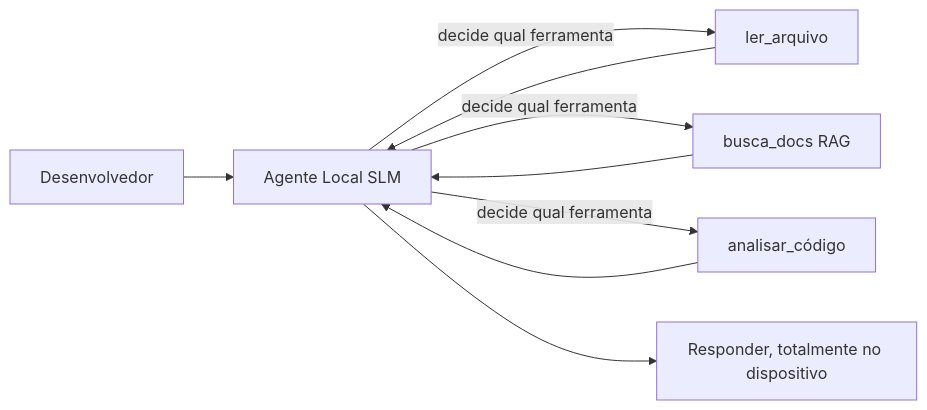
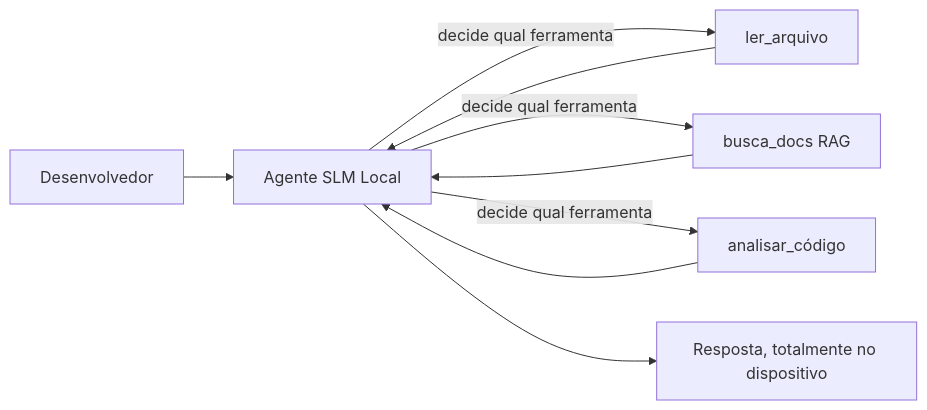
One commit to microsoft/ai-agents-for-beginners changed the first of 4 diagrams in translations/pt-BR/17-creating-local-ai-agents/README.md. Above: the diagram before and after it, drawn with Mermaid. The commit also changed other lines of this file and 46 other files, not shown here.

````diff
--- a/translations/pt-BR/17-creating-local-ai-agents/README.md
+++ b/translations/pt-BR/17-creating-local-ai-agents/README.md
@@ -66,11 +66,11 @@
 ```mermaid
 flowchart LR
-    U[Desenvolvedor] --> A[Agente Local SLM]
+    U[Desenvolvedor] --> A[Agente SLM Local]
     A -->|decide qual ferramenta| T1[ler_arquivo]
     A -->|decide qual ferramenta| T2[busca_docs RAG]
     A -->|decide qual ferramenta| T3[analisar_código]
     T1 --> A
     T2 --> A
     T3 --> A
-    A --> R[Responder, totalmente no dispositivo]
+    A --> R[Resposta, totalmente no dispositivo]
 ```
````
